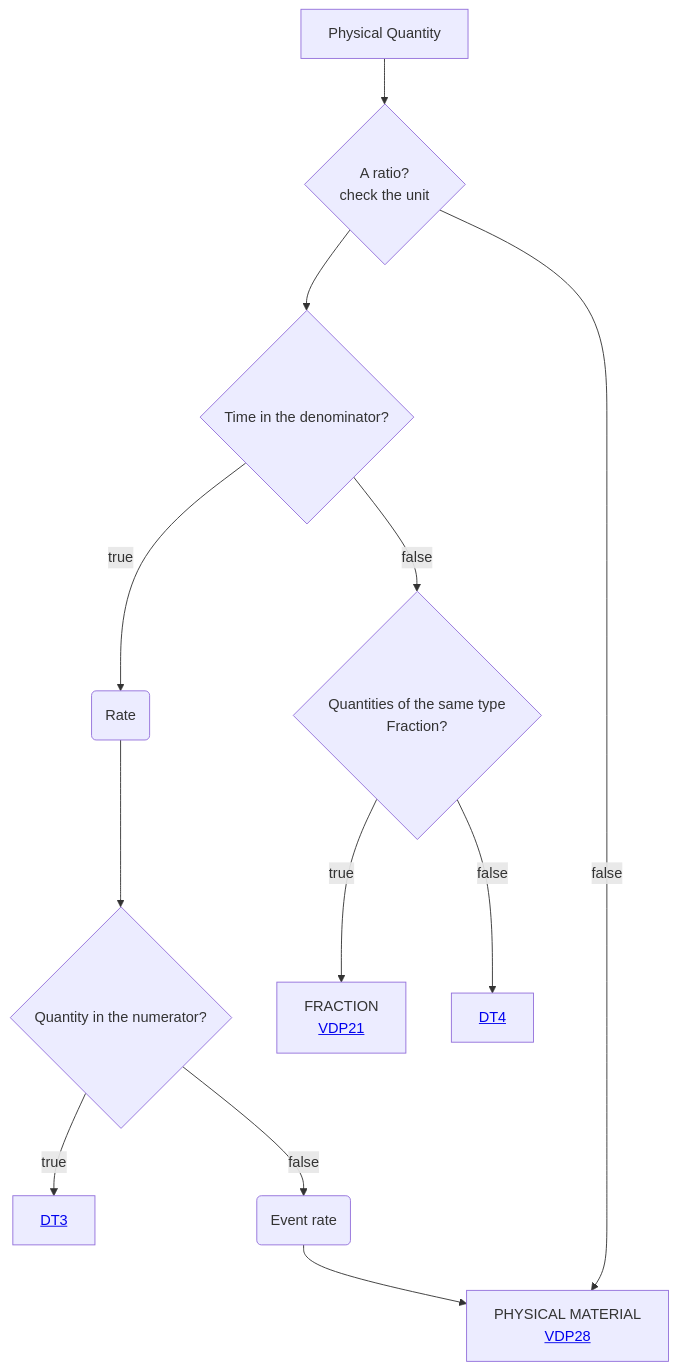
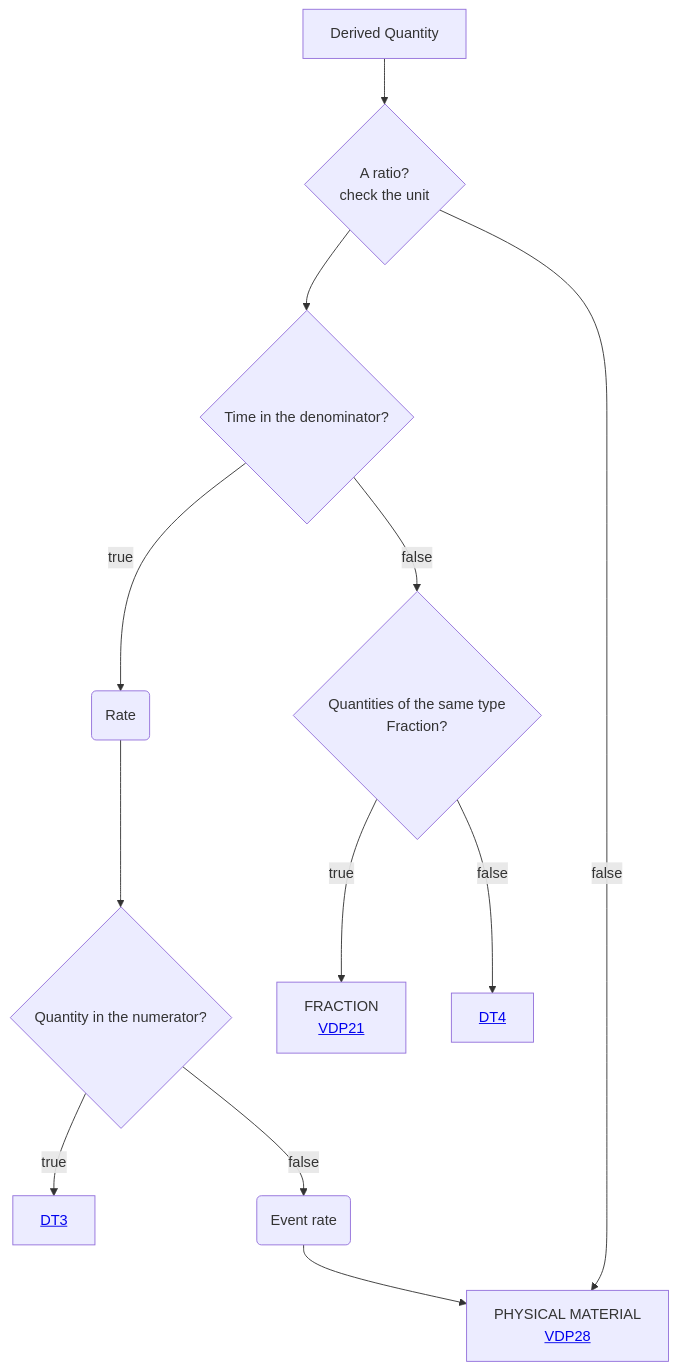
Before and after one commit to mabablue/I-ADOPT-patterns-playground: the diagram in Decisition_trees/DT2.mmd, drawn with Mermaid.

```diff
--- a/Decisition_trees/DT2.mmd
+++ b/Decisition_trees/DT2.mmd
@@ -1,12 +1,12 @@
 flowchart TD
-    A[Physical Quantity] --> B{A ratio?<br>check the unit}
+    A[Derived Quantity] --> B{A ratio?<br>check the unit}
     B --> C{Time in the denominator?} 
     B --> |false|I[PHYSICAL MATERIAL <br> <a href='https://github.com/mabablue/I-ADOPT-patterns-playground/blob/main/pattern/VDP28.yaml'>VDP28</a>]
     C --> |true|MN(Rate) 
     MN --> N{Quantity in the numerator?}
     C --> |false|D{Quantities of the same type <br> Fraction?}
     N --> |true|E[<a href='https://github.com/mabablue/I-ADOPT-patterns-playground/blob/main/Decisition_trees/DT3.mmd'>DT3</a>]
     N --> |false|O(Event rate)
     O --> I
     D --> |true|J[FRACTION <br> <a href='https://github.com/mabablue/I-ADOPT-patterns-playground/blob/main/pattern/VDP21.yaml'>VDP21</a>]
     D --> |false|P[<a href='https://github.com/mabablue/I-ADOPT-patterns-playground/blob/main/Decisition_trees/DT3.mmd'>DT4</a>]
```
